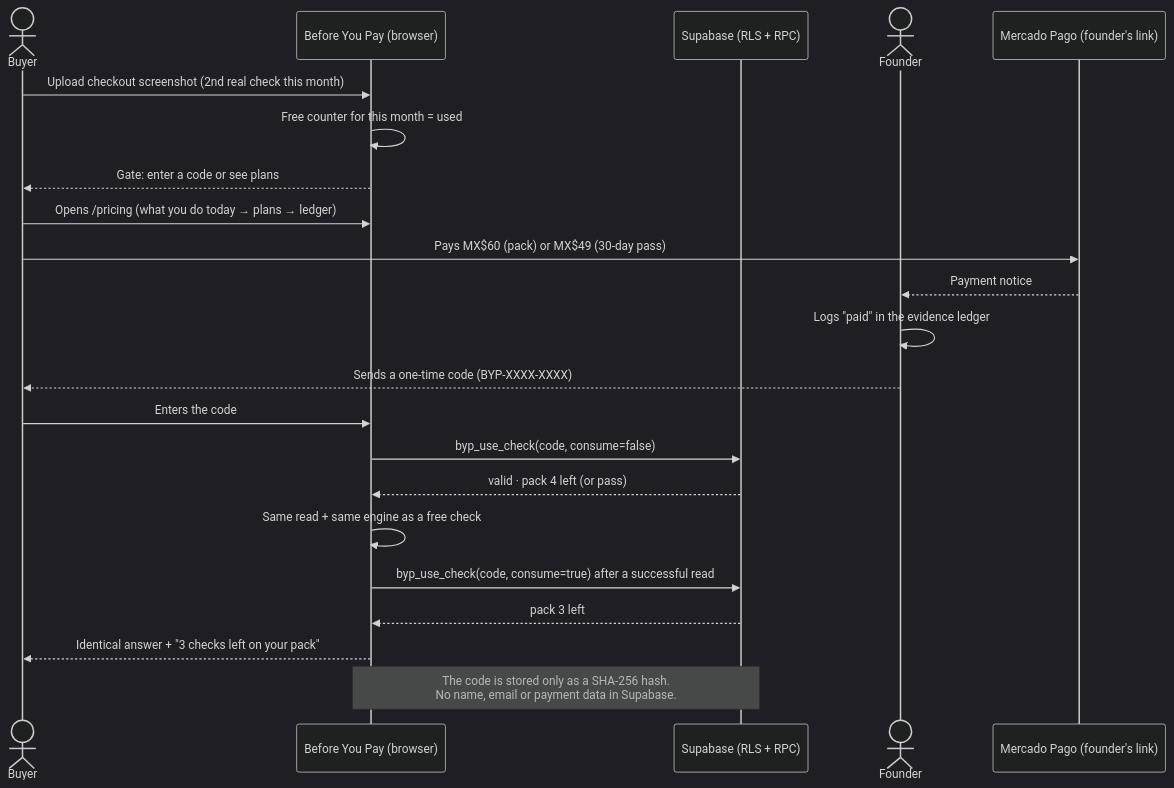
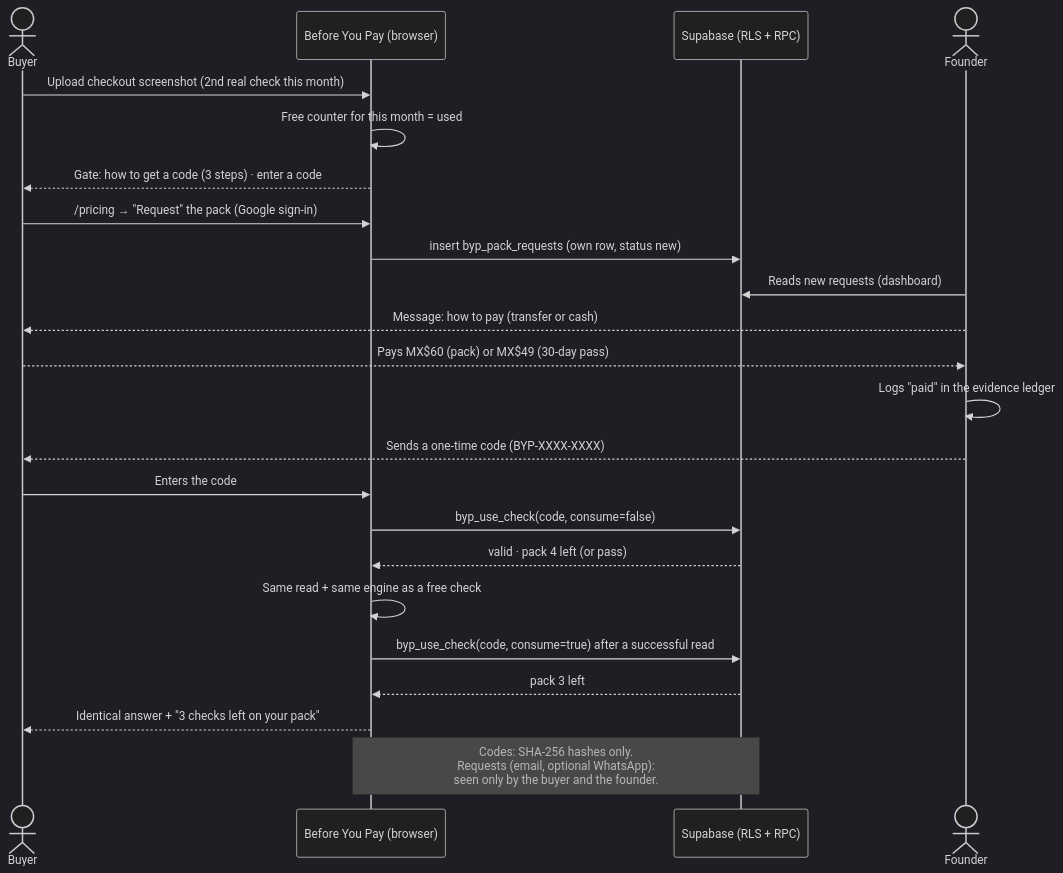
Before and after one commit to KaromBuilds/before-you-pay: the second of 3 diagrams in docs/PACKET.md, drawn with Mermaid (dark theme). The commit also changed other lines of this file, not shown here.

First line of the commit message:
Packet matches what shipped: transfer or cash instead of a Mercado Pago link, in-app request, Netlify; changes listed in section 11 [skip netlify]

````diff
--- a/docs/PACKET.md
+++ b/docs/PACKET.md
@@ -67,24 +69,25 @@
 ```mermaid
 sequenceDiagram
     actor Buyer
     participant App as Before You Pay (browser)
     participant DB as Supabase (RLS + RPC)
     actor Founder
-    participant MP as Mercado Pago (founder's link)
     Buyer->>App: Upload checkout screenshot (2nd real check this month)
     App->>App: Free counter for this month = used
-    App-->>Buyer: Gate: enter a code or see plans
-    Buyer->>App: Opens /pricing (what you do today → plans → ledger)
-    Buyer->>MP: Pays MX$60 (pack) or MX$49 (30-day pass)
-    MP-->>Founder: Payment notice
+    App-->>Buyer: Gate: how to get a code (3 steps) · enter a code
+    Buyer->>App: /pricing → "Request" the pack (Google sign-in)
+    App->>DB: insert byp_pack_requests (own row, status new)
+    Founder->>DB: Reads new requests (dashboard)
+    Founder-->>Buyer: Message: how to pay (transfer or cash)
+    Buyer-->>Founder: Pays MX$60 (pack) or MX$49 (30-day pass)
     Founder->>Founder: Logs "paid" in the evidence ledger
     Founder-->>Buyer: Sends a one-time code (BYP-XXXX-XXXX)
     Buyer->>App: Enters the code
     App->>DB: byp_use_check(code, consume=false)
     DB-->>App: valid · pack 4 left (or pass)
     App->>App: Same read + same engine as a free check
     App->>DB: byp_use_check(code, consume=true) after a successful read
     DB-->>App: pack 3 left
     App-->>Buyer: Identical answer + "3 checks left on your pack"
-    Note over App,DB: The code is stored only as a SHA-256 hash.<br/>No name, email or payment data in Supabase.
+    Note over App,DB: Codes: SHA-256 hashes only.<br/>Requests (email, optional WhatsApp):<br/>seen only by the buyer and the founder.
 ```
````
